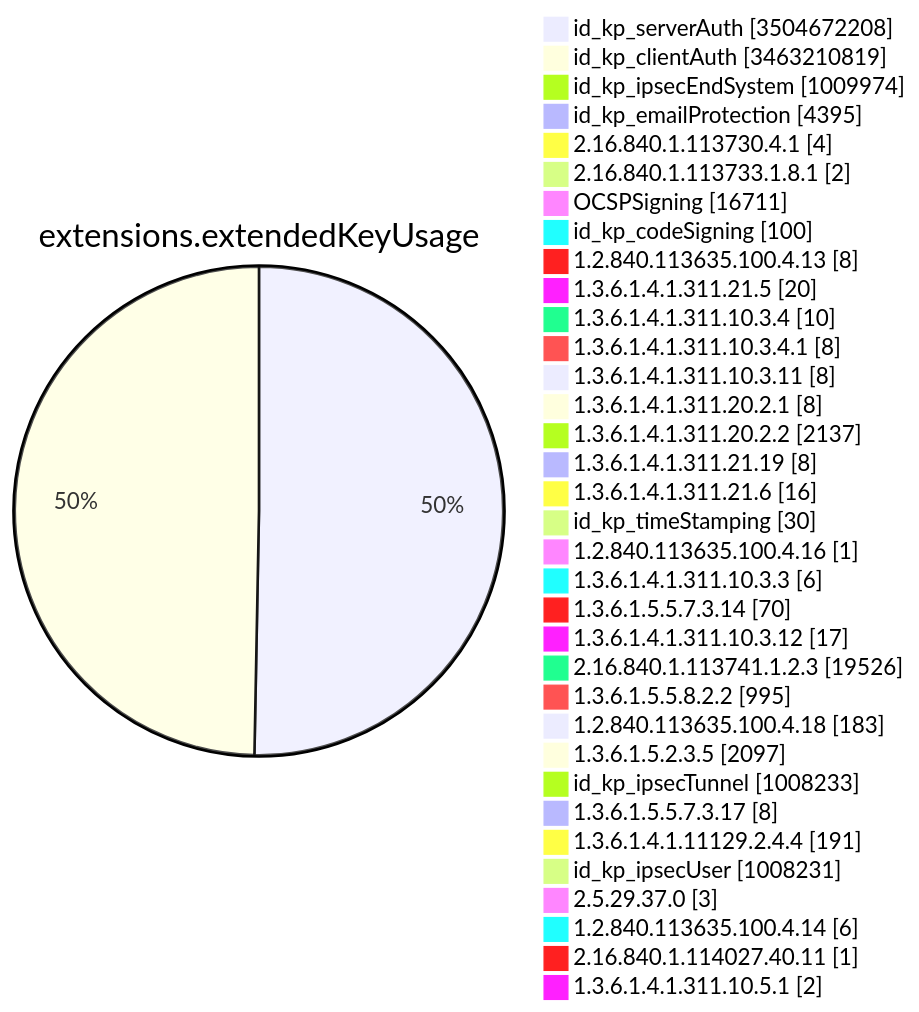
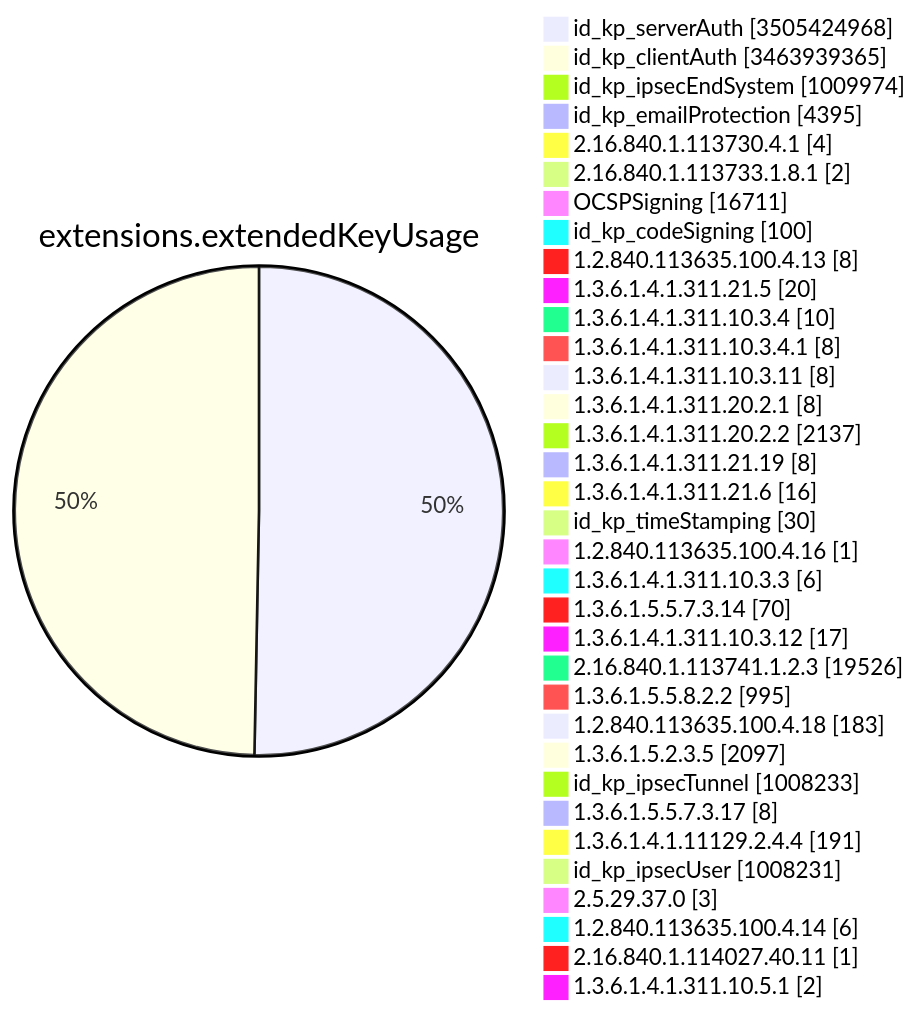
Before and after one commit to christiankrug/ctmonitor_visualization: diagram 11 of 15 in TOTAL/README.md, drawn with Mermaid. The commit also changed other lines of this file, not shown here.

````diff
--- a/TOTAL/README.md
+++ b/TOTAL/README.md
@@ -4126,38 +4126,38 @@
 ```mermaid
 pie showData
 title extensions.extendedKeyUsage
-"id_kp_serverAuth" :3504672208
-"id_kp_clientAuth" :3463210819
+"id_kp_serverAuth" :3505424968
+"id_kp_clientAuth" :3463939365
 "id_kp_ipsecEndSystem" :1009974
 "id_kp_emailProtection" :4395
 "2.16.840.1.113730.4.1" :4
 "2.16.840.1.113733.1.8.1" :2
 "OCSPSigning" :16711
 "id_kp_codeSigning" :100
 "1.2.840.113635.100.4.13" :8
 "1.3.6.1.4.1.311.21.5" :20
 "1.3.6.1.4.1.311.10.3.4" :10
 "1.3.6.1.4.1.311.10.3.4.1" :8
 "1.3.6.1.4.1.311.10.3.11" :8
 "1.3.6.1.4.1.311.20.2.1" :8
 "1.3.6.1.4.1.311.20.2.2" :2137
 "1.3.6.1.4.1.311.21.19" :8
 "1.3.6.1.4.1.311.21.6" :16
 "id_kp_timeStamping" :30
 "1.2.840.113635.100.4.16" :1
 "1.3.6.1.4.1.311.10.3.3" :6
 "1.3.6.1.5.5.7.3.14" :70
 "1.3.6.1.4.1.311.10.3.12" :17
 "2.16.840.1.113741.1.2.3" :19526
 "1.3.6.1.5.5.8.2.2" :995
 "1.2.840.113635.100.4.18" :183
 "1.3.6.1.5.2.3.5" :2097
 "id_kp_ipsecTunnel" :1008233
 "1.3.6.1.5.5.7.3.17" :8
 "1.3.6.1.4.1.11129.2.4.4" :191
 "id_kp_ipsecUser" :1008231
 "2.5.29.37.0" :3
 "1.2.840.113635.100.4.14" :6
 "2.16.840.1.114027.40.11" :1
 "1.3.6.1.4.1.311.10.5.1" :2
 ```
````
